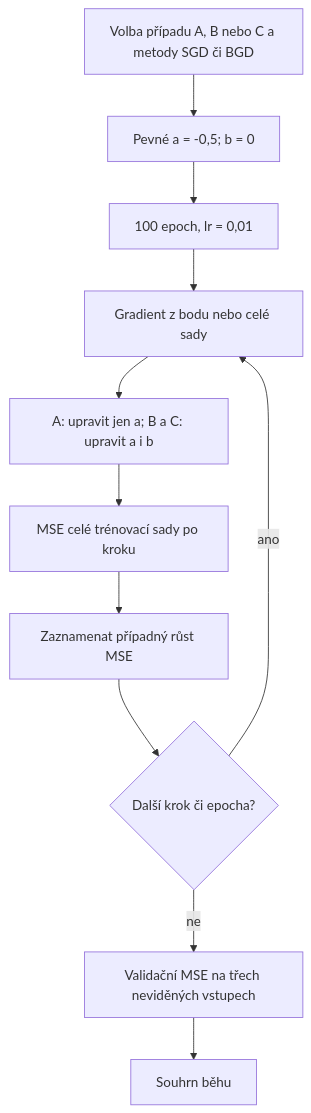
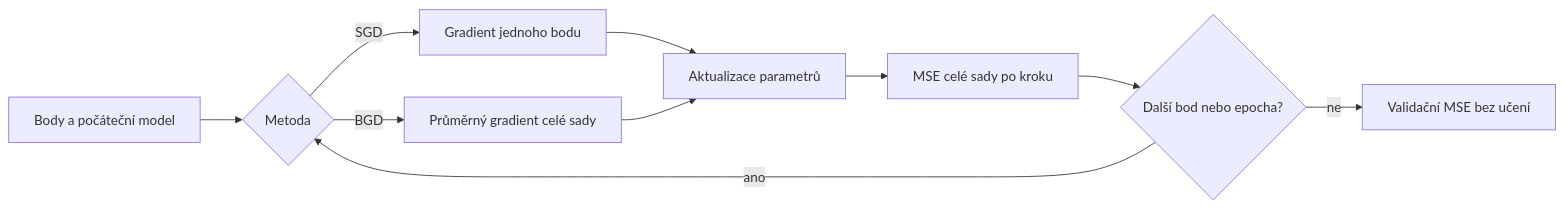
Before and after one commit to sooneoo/machine-learning: the second of 2 diagrams in 001-LinearRegression/spec/specifikace-linearni-regrese.md, drawn with Mermaid. The commit also changed other lines of this file and 2 other files, not shown here.

````diff
--- a/001-LinearRegression/spec/specifikace-linearni-regrese.md
+++ b/001-LinearRegression/spec/specifikace-linearni-regrese.md
@@ -476,13 +188,12 @@
 ```mermaid
-flowchart TD
-    Start[Volba případu A, B nebo C a metody SGD či BGD] --> Init[Pevné a = -0,5; b = 0]
-    Init --> Epoch[100 epoch, lr = 0,01]
-    Epoch --> Grad[Gradient z bodu nebo celé sady]
-    Grad --> Update[A: upravit jen a; B a C: upravit a i b]
-    Update --> Measure[MSE celé trénovací sady po kroku]
-    Measure --> Count[Zaznamenat případný růst MSE]
-    Count --> More{Další krok či epocha?}
-    More -->|ano| Grad
-    More -->|ne| Validate[Validační MSE na třech neviděných vstupech]
-    Validate --> End[Souhrn běhu]
+flowchart LR
+    Data[Body a počáteční model] --> Step{Metoda}
+    Step -->|SGD| One[Gradient jednoho bodu]
+    Step -->|BGD| Batch[Průměrný gradient celé sady]
+    One --> Update[Aktualizace parametrů]
+    Batch --> Update
+    Update --> Measure[MSE celé sady po kroku]
+    Measure --> More{Další bod nebo epocha?}
+    More -->|ano| Step
+    More -->|ne| Validate[Validační MSE bez učení]
 ```
````
